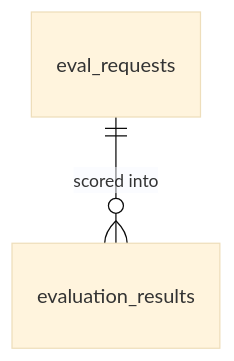
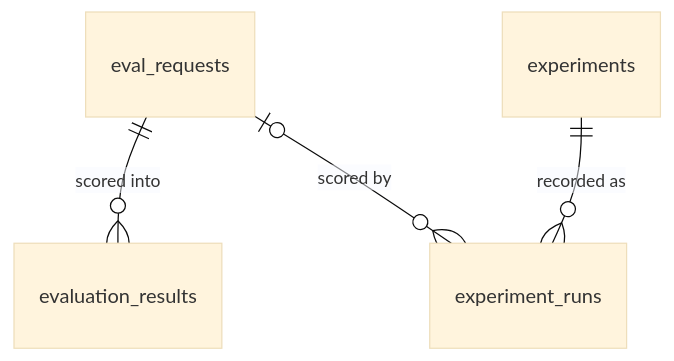
The diagram in docs/db-design.md (DimitarAtanassov/arc-eval-service), drawn with Mermaid (base theme) before and after one commit. The commit also changed other lines of this file and 21 other files, not shown here.

First line of the commit message:
feat: own experiments in the eval service

````diff
--- a/docs/db-design.md
+++ b/docs/db-design.md
@@ -12,4 +14,6 @@
 ```mermaid
 erDiagram
     eval_requests ||--o{ evaluation_results : "scored into"
+    experiments ||--o{ experiment_runs : "recorded as"
+    eval_requests |o--o{ experiment_runs : "scored by"
 ```
````
